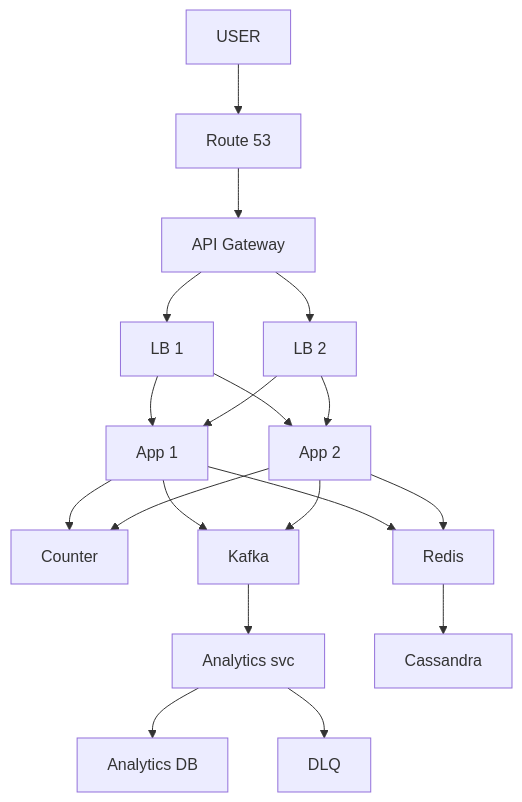
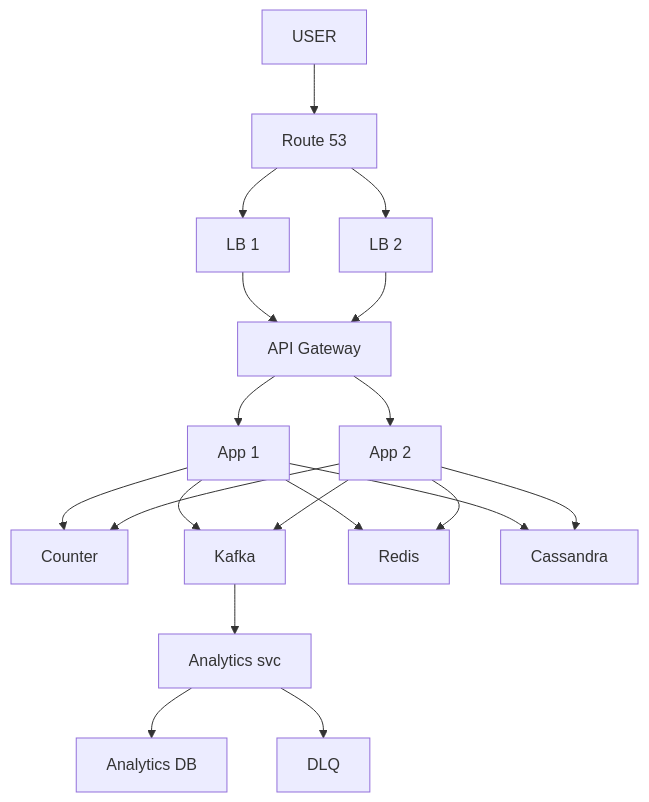
One commit to ArpanMaheshwari144/Prep changed the tenth of 11 diagrams in 04_HLD/SYSTEM_DESIGNS/01_url_shortener/01_url_shortener.md. Above: the diagram before and after it, drawn with Mermaid. The commit also changed other lines of this file and 7 other files, not shown here.

Commit message:
HLD design files: tathya theek (Cassandra copies, bit.ly 301, presigned size limit, ES union, docs version key, BMS dikkat 6, chat cursor misaal) + URL / rate limiter diagram (App -> DB, Route 53 -> LB / WAF -> ALB)

````diff
--- a/04_HLD/SYSTEM_DESIGNS/01_url_shortener/01_url_shortener.md
+++ b/04_HLD/SYSTEM_DESIGNS/01_url_shortener/01_url_shortener.md
@@ -536,35 +543,35 @@
 ```mermaid
 flowchart TD
     n_USER["USER"]
     n_Route_53["Route 53"]
     n_API_Gateway["API Gateway"]
     n_LB_1["LB 1"]
     n_LB_2["LB 2"]
     n_App_x_N_1["App 1"]
     n_App_x_N_2["App 2"]
     n_Counter["Counter"]
     n_Kafka["Kafka"]
     n_Analytics_svc["Analytics svc"]
     n_Analytics_DB["Analytics DB"]
     n_DLQ["DLQ"]
     n_Redis["Redis"]
     n_Cassandra["Cassandra"]
     n_USER --> n_Route_53
-    n_Route_53 --> n_API_Gateway
-    n_API_Gateway --> n_LB_1
-    n_API_Gateway --> n_LB_2
-    n_LB_1 --> n_App_x_N_1
-    n_LB_1 --> n_App_x_N_2
-    n_LB_2 --> n_App_x_N_1
-    n_LB_2 --> n_App_x_N_2
+    n_Route_53 --> n_LB_1
+    n_Route_53 --> n_LB_2
+    n_LB_1 --> n_API_Gateway
+    n_LB_2 --> n_API_Gateway
+    n_API_Gateway --> n_App_x_N_1
+    n_API_Gateway --> n_App_x_N_2
     n_App_x_N_1 --> n_Counter
     n_App_x_N_2 --> n_Counter
     n_App_x_N_1 --> n_Kafka
     n_App_x_N_2 --> n_Kafka
     n_App_x_N_1 --> n_Redis
     n_App_x_N_2 --> n_Redis
     n_Kafka --> n_Analytics_svc
     n_Analytics_svc --> n_Analytics_DB
-    n_Redis --> n_Cassandra
+    n_App_x_N_1 --> n_Cassandra
+    n_App_x_N_2 --> n_Cassandra
     n_Analytics_svc --> n_DLQ
 ```
````
